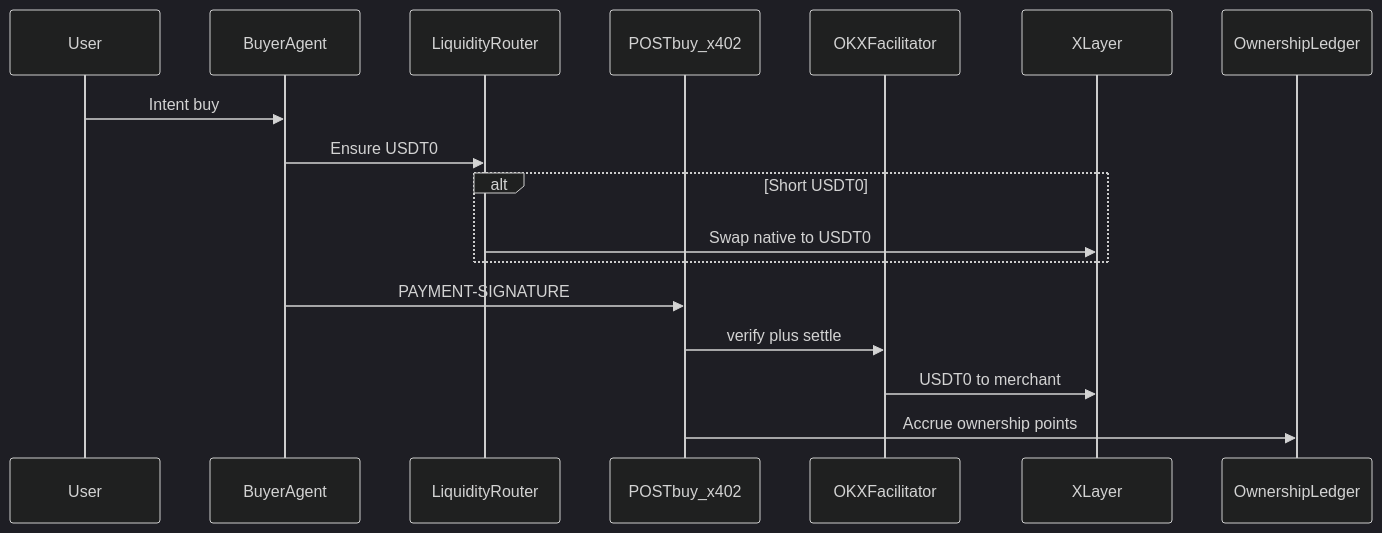
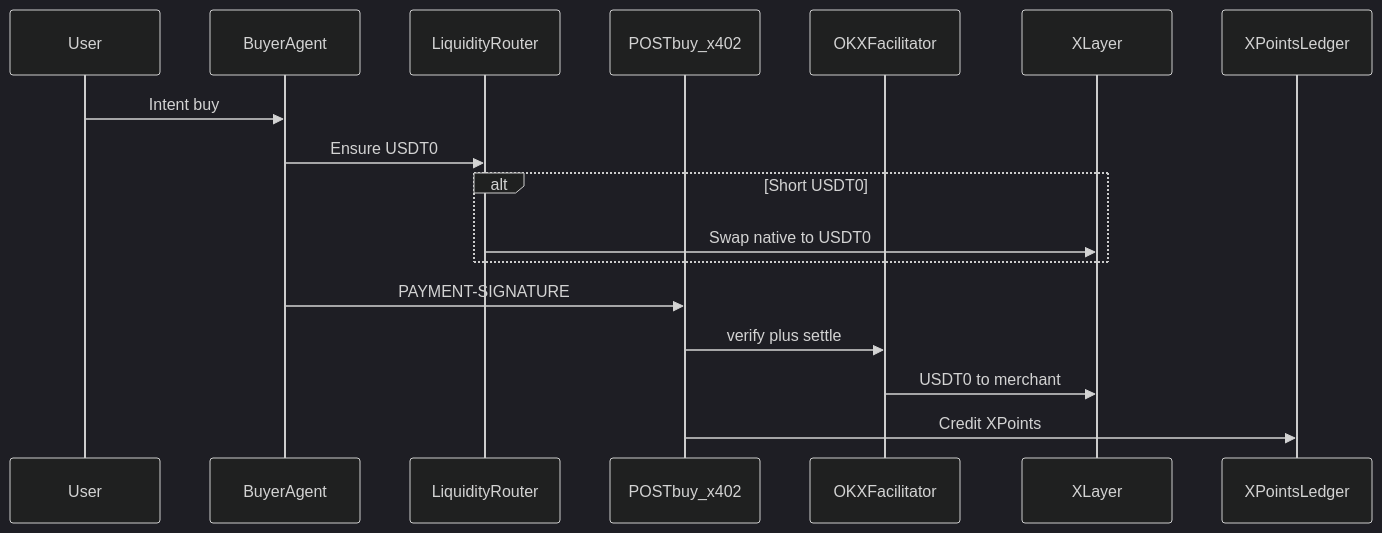
One commit to itzsihui/OKXDevDay2026 changed the diagram in AI.md. Above: the diagram before and after it, drawn with Mermaid (dark theme). The commit also changed other lines of this file and 20 other files, not shown here.

Commit message:
changed stake to xpoints

````diff
--- a/AI.md
+++ b/AI.md
@@ -58,20 +58,20 @@
 ```mermaid
 sequenceDiagram
   participant User
   participant Agent as BuyerAgent
   participant Route as LiquidityRouter
   participant Buy as POSTbuy_x402
   participant OKX as OKXFacilitator
   participant XL as XLayer
-  participant Stake as OwnershipLedger
+  participant Pts as XPointsLedger
 
   User->>Agent: Intent buy
   Agent->>Route: Ensure USDT0
   alt Short USDT0
     Route->>XL: Swap native to USDT0
   end
   Agent->>Buy: PAYMENT-SIGNATURE
   Buy->>OKX: verify plus settle
   OKX->>XL: USDT0 to merchant
-  Buy->>Stake: Accrue ownership points
+  Buy->>Pts: Credit XPoints
 ```
````
